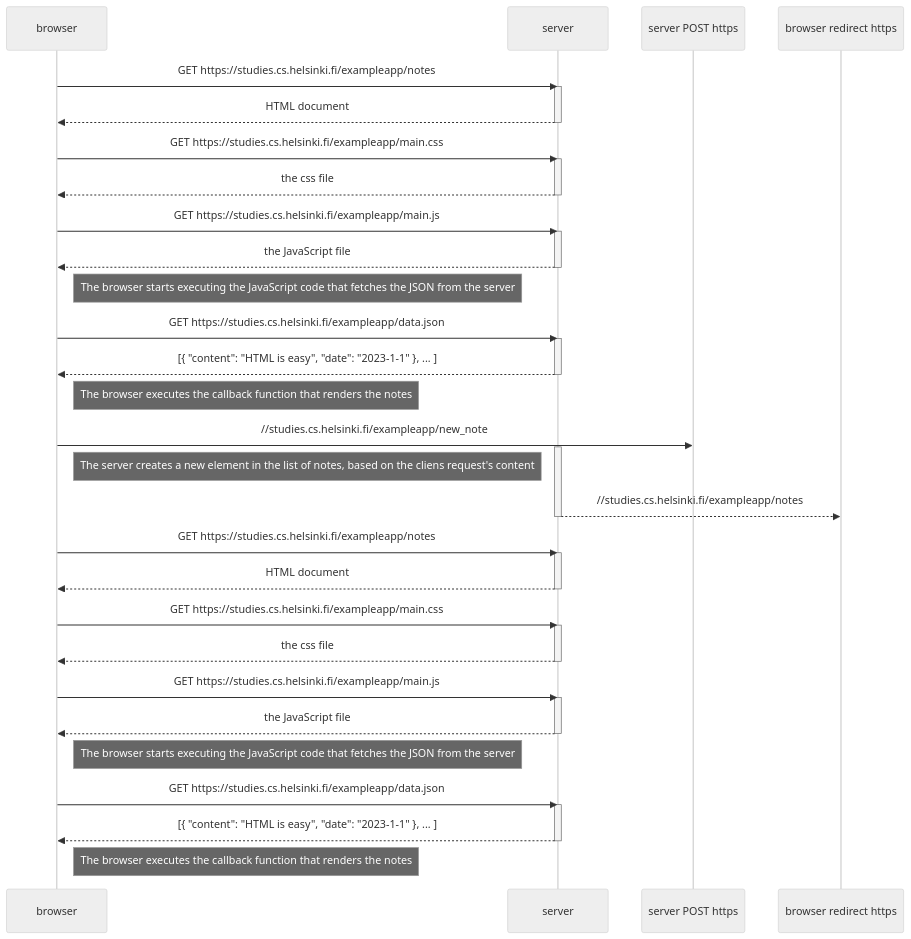
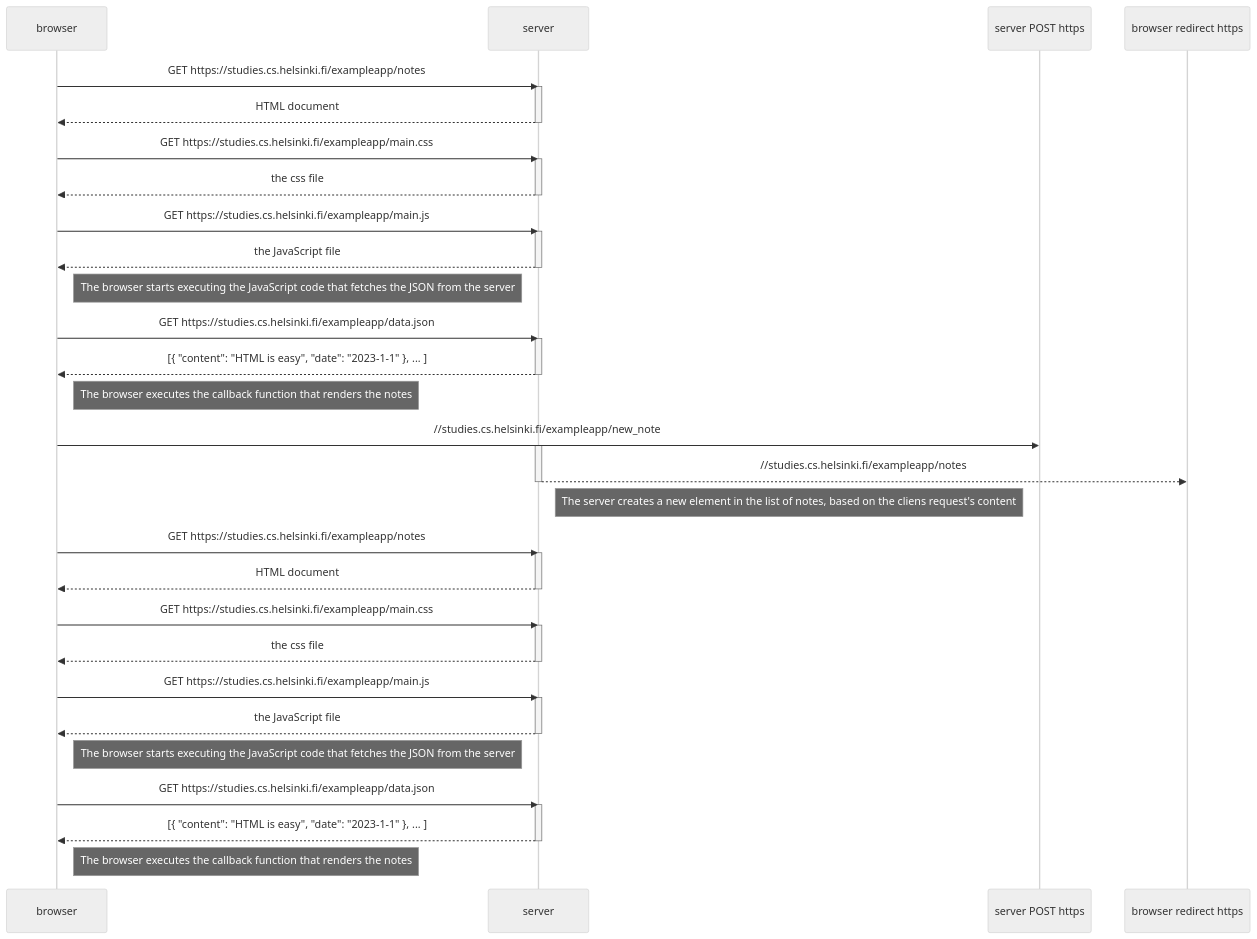
The diagram in part0/ex04-new-note-diagram.md (jakobsitory/full-stack-open), drawn with Mermaid (neutral theme) before and after one commit.

Commit message:
minor fix in the diagram

````diff
--- a/part0/ex04-new-note-diagram.md
+++ b/part0/ex04-new-note-diagram.md
@@ -2,61 +2,61 @@
 ```mermaid
 sequenceDiagram
     participant browser
     participant server
 
     browser->>server: GET https://studies.cs.helsinki.fi/exampleapp/notes
     activate server
     server-->>browser: HTML document
     deactivate server
 
     browser->>server: GET https://studies.cs.helsinki.fi/exampleapp/main.css
     activate server
     server-->>browser: the css file
     deactivate server
 
     browser->>server: GET https://studies.cs.helsinki.fi/exampleapp/main.js
     activate server
     server-->>browser: the JavaScript file
     deactivate server
 
     Note right of browser: The browser starts executing the JavaScript code that fetches the JSON from the server
 
     browser->>server: GET https://studies.cs.helsinki.fi/exampleapp/data.json
     activate server
     server-->>browser: [{ "content": "HTML is easy", "date": "2023-1-1" }, ... ]
     deactivate server
 
     Note right of browser: The browser executes the callback function that renders the notes
 
 
 	browser->>server POST  https://studies.cs.helsinki.fi/exampleapp/new_note
 	activate server
-    Note left of server: The server creates a new element in the list of notes, based on the cliens request's content
 	server-->>browser redirect https://studies.cs.helsinki.fi/exampleapp/notes
 	deactivate server
+    Note right of server: The server creates a new element in the list of notes, based on the cliens request's content
 	
 
     browser->>server: GET https://studies.cs.helsinki.fi/exampleapp/notes
     activate server
     server-->>browser: HTML document
     deactivate server
 
     browser->>server: GET https://studies.cs.helsinki.fi/exampleapp/main.css
     activate server
     server-->>browser: the css file
     deactivate server
 
     browser->>server: GET https://studies.cs.helsinki.fi/exampleapp/main.js
     activate server
     server-->>browser: the JavaScript file
     deactivate server
 
     Note right of browser: The browser starts executing the JavaScript code that fetches the JSON from the server
 
     browser->>server: GET https://studies.cs.helsinki.fi/exampleapp/data.json
     activate server
     server-->>browser: [{ "content": "HTML is easy", "date": "2023-1-1" }, ... ]
     deactivate server
 
     Note right of browser: The browser executes the callback function that renders the notes
 ```
````
